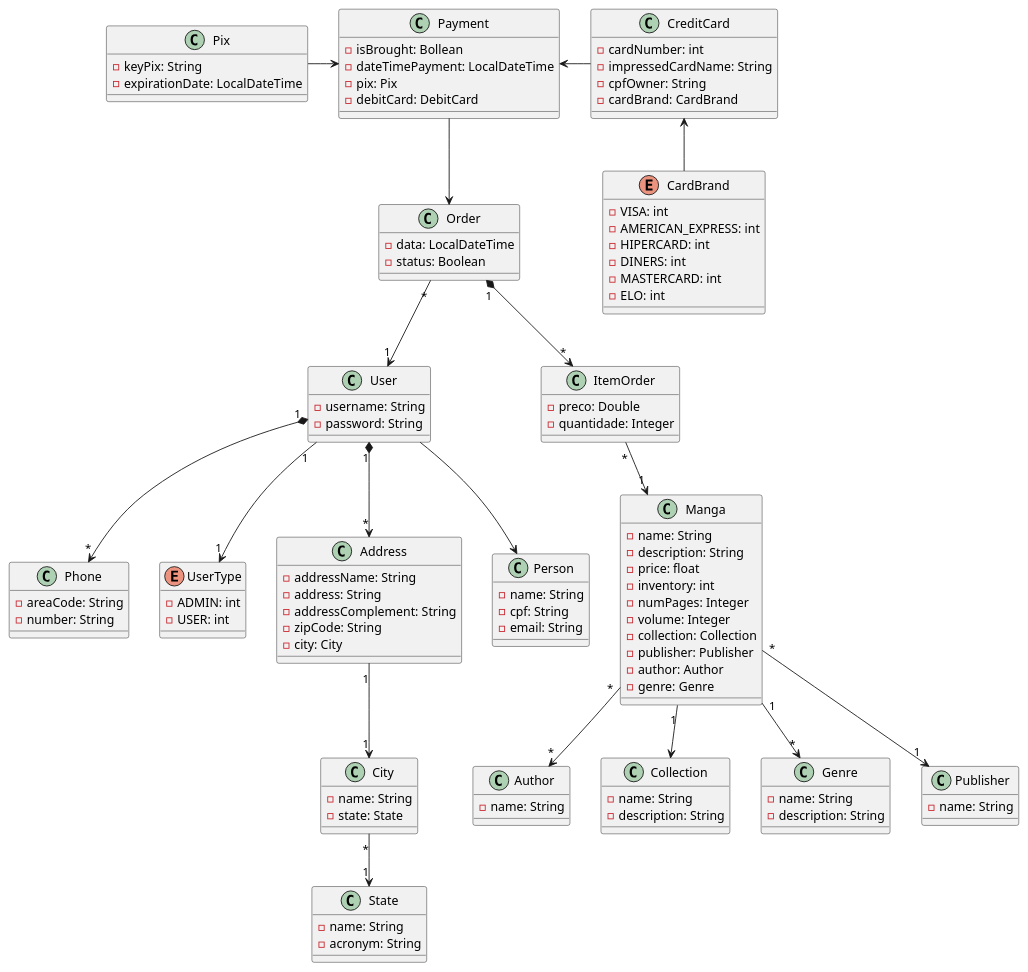
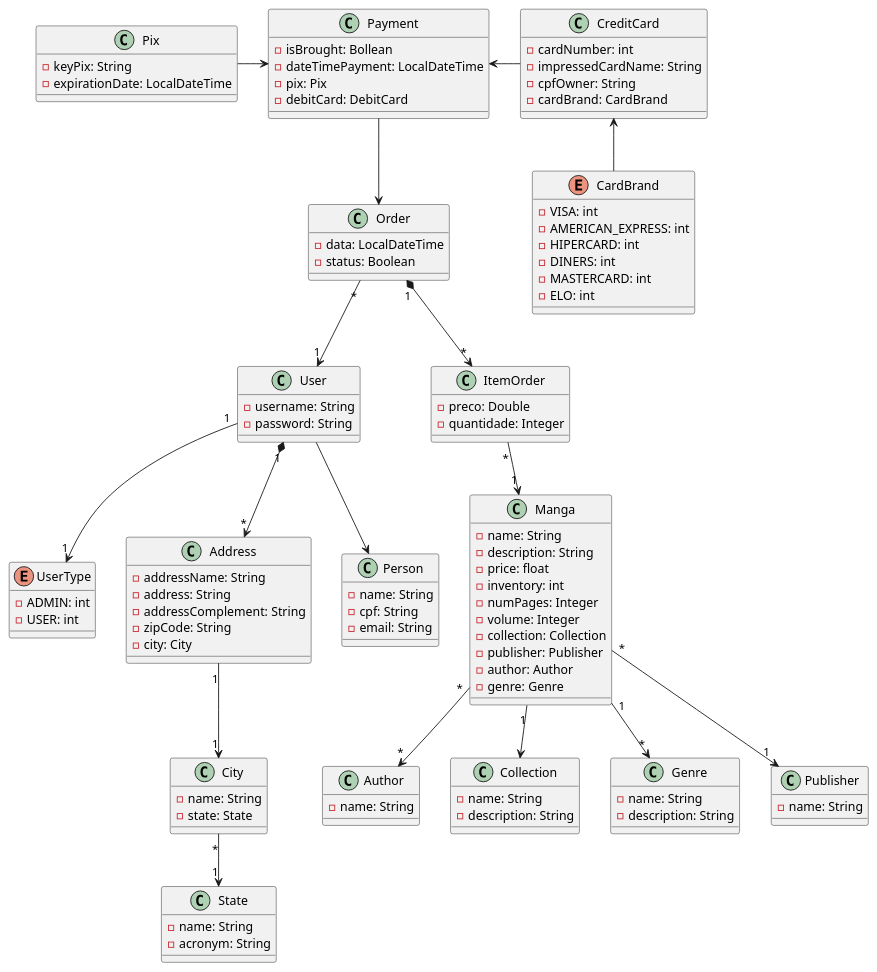
Before and after one commit to fredericowetmann/quarkus-manga-store: the diagram in uml.plantuml, drawn with PlantUML. The commit also changed 27 other files, not shown here.

```diff
--- a/uml.plantuml
+++ b/uml.plantuml
@@ -1,135 +1,129 @@
 @startuml
 
     class Publisher{
         - name: String
     }
 
     class Person{
         - name: String
         - cpf: String
         - email: String
     }
 
     class User{
         - username: String
         - password: String
-    }
-
-    class Phone{
-        - areaCode: String
-        - number: String
     }
 
     class Author{
         - name: String
     }
 
     enum UserType{
         - ADMIN: int
         - USER: int
     }
 
     class Manga{
         - name: String
         - description: String
         - price: float
         - inventory: int
         - numPages: Integer
         - volume: Integer
         - collection: Collection
         - publisher: Publisher
         - author: Author
         - genre: Genre
     }
 
     class Collection{
         - name: String
         - description: String
     }
 
     class Genre{
         - name: String
         - description: String
     }
 
     class Address{
         - addressName: String
         - address: String
         - addressComplement: String
         - zipCode: String
         - city: City
     }
 
     class Order{
         - data: LocalDateTime
         - status: Boolean
     }
 
     class ItemOrder{
         - preco: Double
         - quantidade: Integer
     }
 
     class City{
         - name: String
         - state: State
     }
 
     class State{
         - name: String
         - acronym: String
     }
 
     class Payment{
         - isBrought: Bollean
         - dateTimePayment: LocalDateTime
         - pix: Pix
         - debitCard: DebitCard
     }
 
     class Pix{
         -  keyPix: String
         - expirationDate: LocalDateTime
     }
 
     class CreditCard{
         - cardNumber: int
         - impressedCardName: String
         - cpfOwner: String
         - cardBrand: CardBrand
     }
 
     enum CardBrand{
         - VISA: int
         - AMERICAN_EXPRESS: int
         - HIPERCARD: int
         - DINERS: int
         - MASTERCARD: int
         - ELO: int
     }
 
     Order "1" *--> "*" ItemOrder
     Order "*" --> "1" User
     ItemOrder "*" --> "1" Manga
 
     Manga "*" --> "1" Publisher
     Manga "*" --> "*" Author
     Manga "1" --> "*" Genre
     Manga "1" --> Collection
 
-    User "1" *--> "*" Phone
     User "1" *--> "*" Address
     User "1" --> "1" UserType
 
     User --> Person
 
     City "*" --> "1" State
 
     Address "1" --> "1" City
 
     Payment --> Order
     Pix -right-> Payment
     CreditCard -left-> Payment
     CardBrand -up-> CreditCard
 
 @enduml
```
